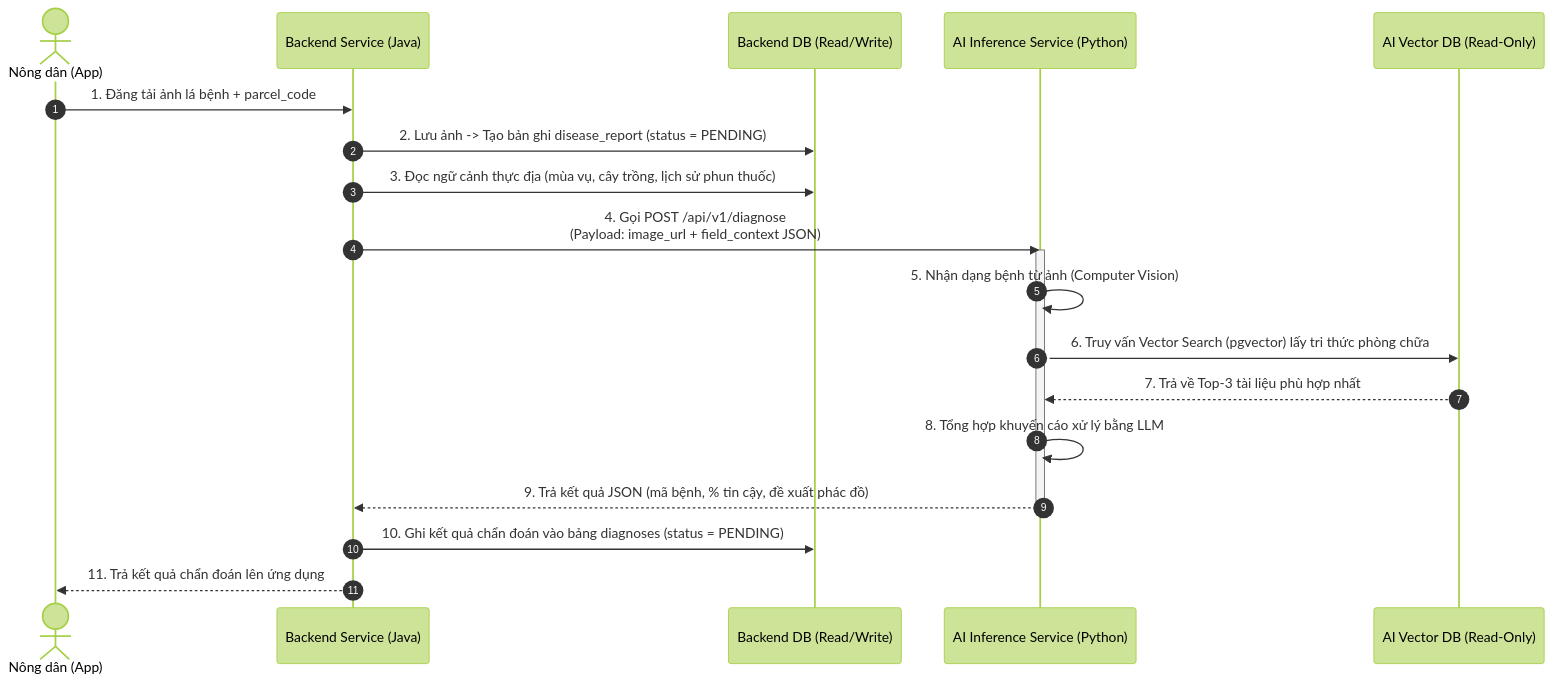
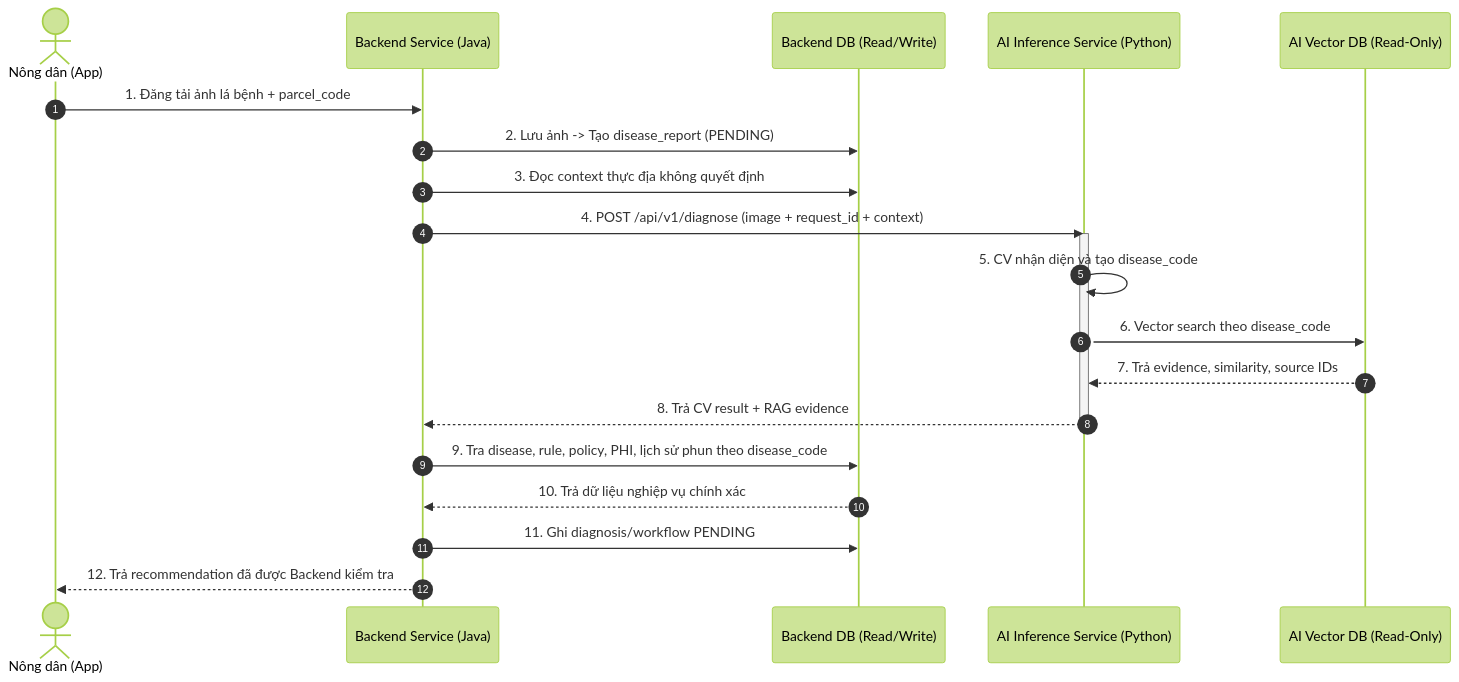
The diagram in ai_backend_decoupling_plan.md (HaUI-ImplSolution/DX-OS), drawn with Mermaid (forest theme) before and after one commit. The commit also changed other lines of this file, not shown here.

Commit message:
docs(ai): clarify backend ownership after RAG

````diff
--- a/ai_backend_decoupling_plan.md
+++ b/ai_backend_decoupling_plan.md
@@ -103,26 +108,26 @@
 ```mermaid
 sequenceDiagram
     autonumber
     actor Farmer as Nông dân (App)
     participant BE as Backend Service (Java)
     participant BEDB as Backend DB (Read/Write)
     participant AI as AI Inference Service (Python)
     participant AIDB as AI Vector DB (Read-Only)
 
     Farmer->>BE: 1. Đăng tải ảnh lá bệnh + parcel_code
-    BE->>BEDB: 2. Lưu ảnh -> Tạo bản ghi disease_report (status = PENDING)
-    BE->>BEDB: 3. Đọc ngữ cảnh thực địa (mùa vụ, cây trồng, lịch sử phun thuốc)
-    
-    BE->>AI: 4. Gọi POST /api/v1/diagnose<br/>(Payload: image_url + field_context JSON)
-    
+    BE->>BEDB: 2. Lưu ảnh -> Tạo disease_report (PENDING)
+    BE->>BEDB: 3. Đọc context thực địa không quyết định
+    BE->>AI: 4. POST /api/v1/diagnose (image + request_id + context)
+
     activate AI
-    AI->>AI: 5. Nhận dạng bệnh từ ảnh (Computer Vision)
-    AI->>AIDB: 6. Truy vấn Vector Search (pgvector) lấy tri thức phòng chữa
-    AIDB-->>AI: 7. Trả về Top-3 tài liệu phù hợp nhất
-    AI->>AI: 8. Tổng hợp khuyến cáo xử lý bằng LLM
-    AI-->>BE: 9. Trả kết quả JSON (mã bệnh, % tin cậy, đề xuất phác đồ)
+    AI->>AI: 5. CV nhận diện và tạo disease_code
+    AI->>AIDB: 6. Vector search theo disease_code
+    AIDB-->>AI: 7. Trả evidence, similarity, source IDs
+    AI-->>BE: 8. Trả CV result + RAG evidence
     deactivate AI
 
-    BE->>BEDB: 10. Ghi kết quả chẩn đoán vào bảng diagnoses (status = PENDING)
-    BE-->>Farmer: 11. Trả kết quả chẩn đoán lên ứng dụng
+    BE->>BEDB: 9. Tra disease, rule, policy, PHI, lịch sử phun theo disease_code
+    BEDB-->>BE: 10. Trả dữ liệu nghiệp vụ chính xác
+    BE->>BEDB: 11. Ghi diagnosis/workflow PENDING
+    BE-->>Farmer: 12. Trả recommendation đã được Backend kiểm tra
 ```
````
